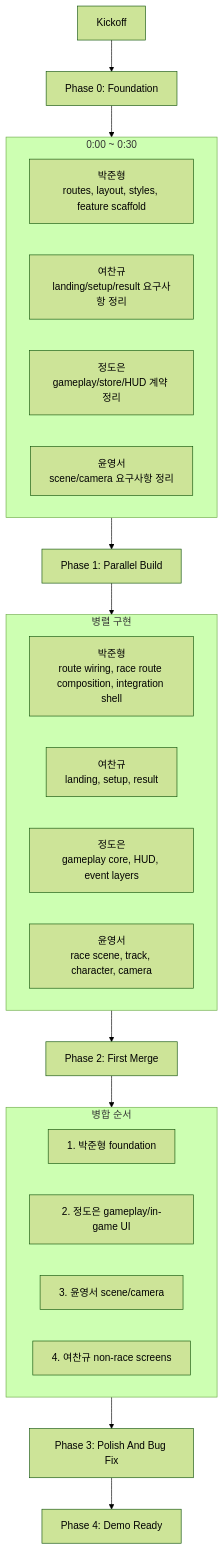
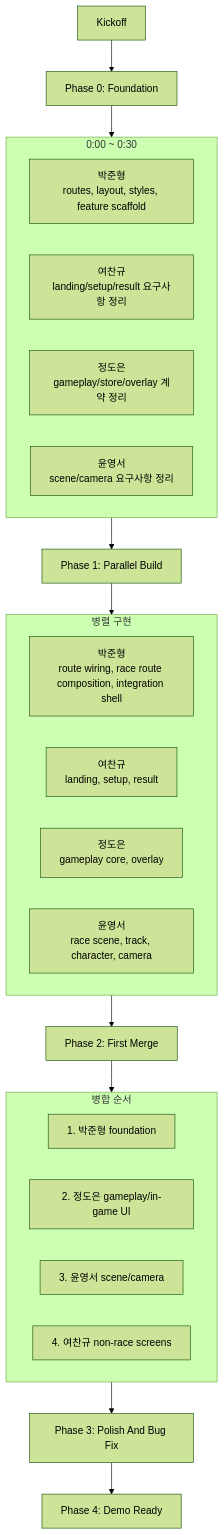
The first of 4 diagrams in docs/plans/README.md (BBAK-jun/mountain-race-workspace), drawn with Mermaid (forest theme) before and after one commit. The commit also changed other lines of this file and 5 other files, not shown here.

First line of the commit message:
docs(plans): sync plan docs with current overlay architecture

````diff
--- a/docs/plans/README.md
+++ b/docs/plans/README.md
@@ -30,35 +30,35 @@
 ```mermaid
 flowchart TD
     K["Kickoff"] --> F0["Phase 0: Foundation"]
 
     subgraph FOUNDATION ["0:00 ~ 0:30"]
         PJ0["박준형\nroutes, layout, styles, feature scaffold"]
         YC0["여찬규\nlanding/setup/result 요구사항 정리"]
-        JD0["정도은\ngameplay/store/HUD 계약 정리"]
+        JD0["정도은\ngameplay/store/overlay 계약 정리"]
         YY0["윤영서\nscene/camera 요구사항 정리"]
     end
 
     F0 --> FOUNDATION
     FOUNDATION --> F1["Phase 1: Parallel Build"]
 
     subgraph PARALLEL ["병렬 구현"]
         PJ1["박준형\nroute wiring, race route composition, integration shell"]
         YC1["여찬규\nlanding, setup, result"]
-        JD1["정도은\ngameplay core, HUD, event layers"]
+        JD1["정도은\ngameplay core, overlay"]
         YY1["윤영서\nrace scene, track, character, camera"]
     end
 
     F1 --> PARALLEL
     PARALLEL --> M["Phase 2: First Merge"]
 
     subgraph MERGE ["병합 순서"]
         M1["1. 박준형 foundation"]
         M2["2. 정도은 gameplay/in-game UI"]
         M3["3. 윤영서 scene/camera"]
         M4["4. 여찬규 non-race screens"]
     end
 
     M --> MERGE
     MERGE --> Q["Phase 3: Polish And Bug Fix"]
     Q --> D["Phase 4: Demo Ready"]
 ```
````
